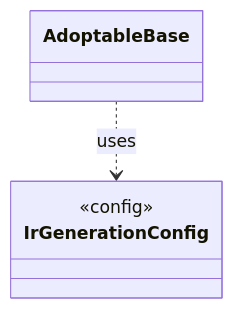
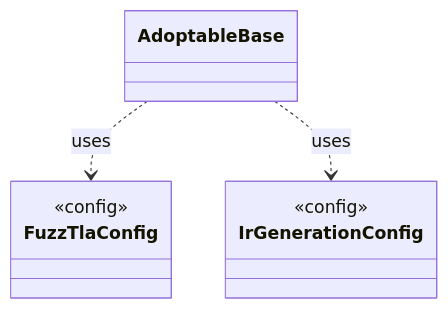
One commit to tlaplus/model-checker-hardening changed the diagram in dev/types/io.github.tlaplus.hardening.workflow.AdoptableBase.md. Above: the diagram before and after it, drawn with Mermaid. The commit also changed other lines of this file and 410 other files, not shown here.

````diff
--- a/dev/types/io.github.tlaplus.hardening.workflow.AdoptableBase.md
+++ b/dev/types/io.github.tlaplus.hardening.workflow.AdoptableBase.md
@@ -9,8 +9,12 @@
 ```mermaid
 classDiagram
   class AdoptableBase
+  class FuzzTlaConfig {
+    <<config>>
+  }
   class IrGenerationConfig {
     <<config>>
   }
+  AdoptableBase ..> FuzzTlaConfig : uses
   AdoptableBase ..> IrGenerationConfig : uses
 ```
````
